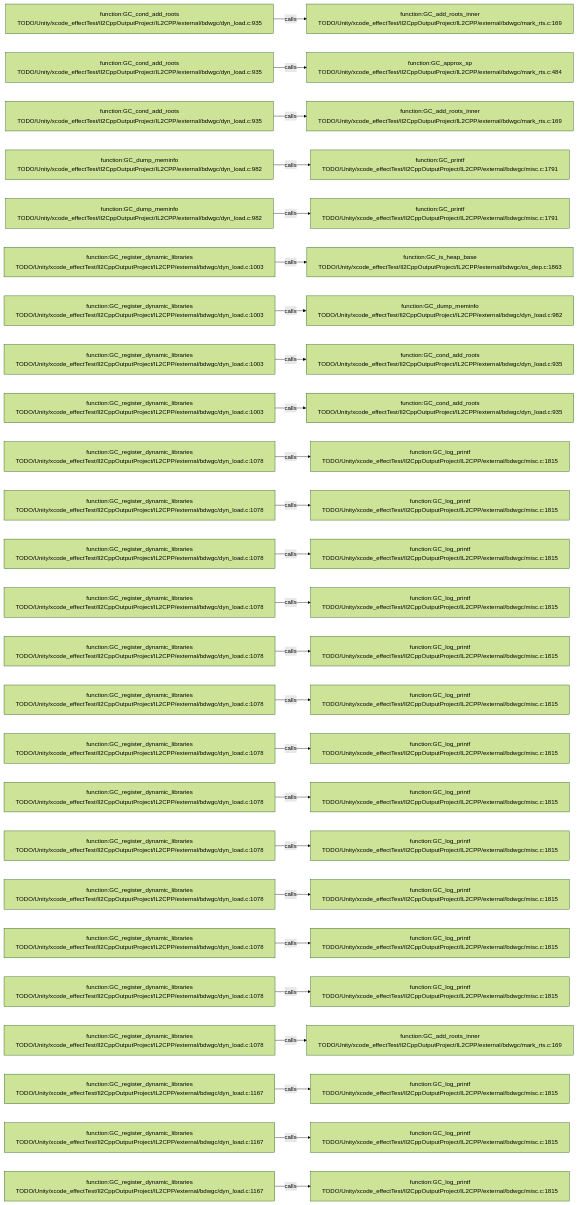
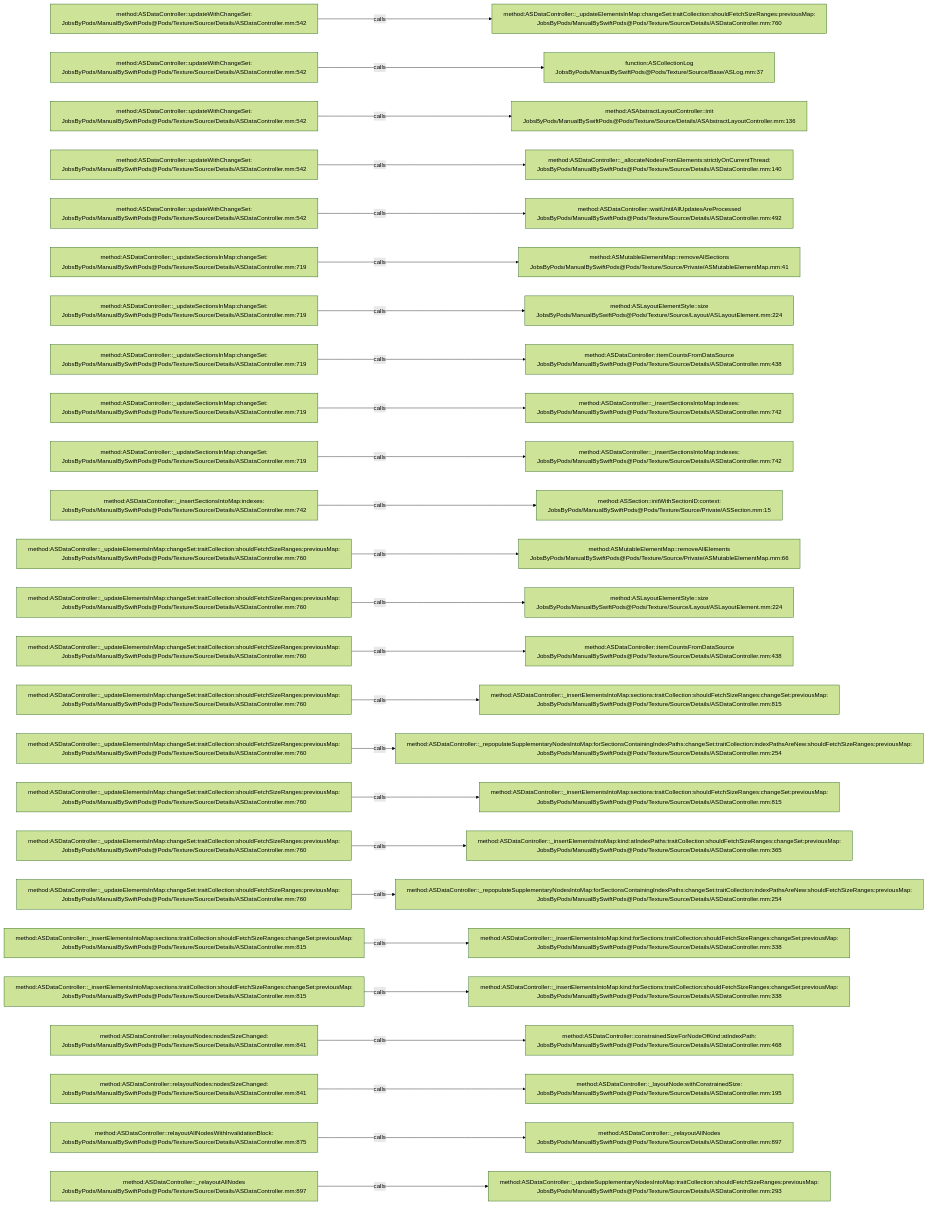
The diagram in .codegraph/codegraph.md/graphs/calls-105.md (JobsKits/JobsSwiftBaseConfigDemo), drawn with Mermaid (forest theme) before and after one commit. The commit also changed 2959 other files, not shown here.

````diff
--- a/.codegraph/codegraph.md/graphs/calls-105.md
+++ b/.codegraph/codegraph.md/graphs/calls-105.md
@@ -13,78 +13,78 @@
 ```mermaid
 flowchart LR
-  S1["function:GC_cond_add_roots<br/>TODO/Unity/xcode_effectTest/Il2CppOutputProject/IL2CPP/external/bdwgc/dyn_load.c:935"]
-  T1["function:GC_add_roots_inner<br/>TODO/Unity/xcode_effectTest/Il2CppOutputProject/IL2CPP/external/bdwgc/mark_rts.c:169"]
+  S1["method:ASDataController::updateWithChangeSet:<br/>JobsByPods/ManualBySwiftPods@Pods/Texture/Source/Details/ASDataController.mm:542"]
+  T1["method:ASDataController::_updateElementsInMap:changeSet:traitCollection:shouldFetchSizeRanges:previousMap:<br/>JobsByPods/ManualBySwiftPods@Pods/Texture/Source/Details/ASDataController.mm:760"]
   S1 -->|calls| T1
-  S2["function:GC_cond_add_roots<br/>TODO/Unity/xcode_effectTest/Il2CppOutputProject/IL2CPP/external/bdwgc/dyn_load.c:935"]
-  T2["function:GC_approx_sp<br/>TODO/Unity/xcode_effectTest/Il2CppOutputProject/IL2CPP/external/bdwgc/mark_rts.c:484"]
+  S2["method:ASDataController::updateWithChangeSet:<br/>JobsByPods/ManualBySwiftPods@Pods/Texture/Source/Details/ASDataController.mm:542"]
+  T2["function:ASCollectionLog<br/>JobsByPods/ManualBySwiftPods@Pods/Texture/Source/Base/ASLog.mm:37"]
   S2 -->|calls| T2
-  S3["function:GC_cond_add_roots<br/>TODO/Unity/xcode_effectTest/Il2CppOutputProject/IL2CPP/external/bdwgc/dyn_load.c:935"]
-  T3["function:GC_add_roots_inner<br/>TODO/Unity/xcode_effectTest/Il2CppOutputProject/IL2CPP/external/bdwgc/mark_rts.c:169"]
+  S3["method:ASDataController::updateWithChangeSet:<br/>JobsByPods/ManualBySwiftPods@Pods/Texture/Source/Details/ASDataController.mm:542"]
+  T3["method:ASAbstractLayoutController::init<br/>JobsByPods/ManualBySwiftPods@Pods/Texture/Source/Details/ASAbstractLayoutController.mm:136"]
   S3 -->|calls| T3
-  S4["function:GC_dump_meminfo<br/>TODO/Unity/xcode_effectTest/Il2CppOutputProject/IL2CPP/external/bdwgc/dyn_load.c:982"]
-  T4["function:GC_printf<br/>TODO/Unity/xcode_effectTest/Il2CppOutputProject/IL2CPP/external/bdwgc/misc.c:1791"]
+  S4["method:ASDataController::updateWithChangeSet:<br/>JobsByPods/ManualBySwiftPods@Pods/Texture/Source/Details/ASDataController.mm:542"]
+  T4["method:ASDataController::_allocateNodesFromElements:strictlyOnCurrentThread:<br/>JobsByPods/ManualBySwiftPods@Pods/Texture/Source/Details/ASDataController.mm:140"]
   S4 -->|calls| T4
-  S5["function:GC_dump_meminfo<br/>TODO/Unity/xcode_effectTest/Il2CppOutputProject/IL2CPP/external/bdwgc/dyn_load.c:982"]
-  T5["function:GC_printf<br/>TODO/Unity/xcode_effectTest/Il2CppOutputProject/IL2CPP/external/bdwgc/misc.c:1791"]
+  S5["method:ASDataController::updateWithChangeSet:<br/>JobsByPods/ManualBySwiftPods@Pods/Texture/Source/Details/ASDataController.mm:542"]
+  T5["method:ASDataController::waitUntilAllUpdatesAreProcessed<br/>JobsByPods/ManualBySwiftPods@Pods/Texture/Source/Details/ASDataController.mm:492"]
   S5 -->|calls| T5
-  S6["function:GC_register_dynamic_libraries<br/>TODO/Unity/xcode_effectTest/Il2CppOutputProject/IL2CPP/external/bdwgc/dyn_load.c:1003"]
-  T6["function:GC_is_heap_base<br/>TODO/Unity/xcode_effectTest/Il2CppOutputProject/IL2CPP/external/bdwgc/os_dep.c:1863"]
+  S6["method:ASDataController::_updateSectionsInMap:changeSet:<br/>JobsByPods/ManualBySwiftPods@Pods/Texture/Source/Details/ASDataController.mm:719"]
+  T6["method:ASMutableElementMap::removeAllSections<br/>JobsByPods/ManualBySwiftPods@Pods/Texture/Source/Private/ASMutableElementMap.mm:41"]
   S6 -->|calls| T6
-  S7["function:GC_register_dynamic_libraries<br/>TODO/Unity/xcode_effectTest/Il2CppOutputProject/IL2CPP/external/bdwgc/dyn_load.c:1003"]
-  T7["function:GC_dump_meminfo<br/>TODO/Unity/xcode_effectTest/Il2CppOutputProject/IL2CPP/external/bdwgc/dyn_load.c:982"]
+  S7["method:ASDataController::_updateSectionsInMap:changeSet:<br/>JobsByPods/ManualBySwiftPods@Pods/Texture/Source/Details/ASDataController.mm:719"]
+  T7["method:ASLayoutElementStyle::size<br/>JobsByPods/ManualBySwiftPods@Pods/Texture/Source/Layout/ASLayoutElement.mm:224"]
   S7 -->|calls| T7
-  S8["function:GC_register_dynamic_libraries<br/>TODO/Unity/xcode_effectTest/Il2CppOutputProject/IL2CPP/external/bdwgc/dyn_load.c:1003"]
-  T8["function:GC_cond_add_roots<br/>TODO/Unity/xcode_effectTest/Il2CppOutputProject/IL2CPP/external/bdwgc/dyn_load.c:935"]
+  S8["method:ASDataController::_updateSectionsInMap:changeSet:<br/>JobsByPods/ManualBySwiftPods@Pods/Texture/Source/Details/ASDataController.mm:719"]
+  T8["method:ASDataController::itemCountsFromDataSource<br/>JobsByPods/ManualBySwiftPods@Pods/Texture/Source/Details/ASDataController.mm:438"]
   S8 -->|calls| T8
-  S9["function:GC_register_dynamic_libraries<br/>TODO/Unity/xcode_effectTest/Il2CppOutputProject/IL2CPP/external/bdwgc/dyn_load.c:1003"]
-  T9["function:GC_cond_add_roots<br/>TODO/Unity/xcode_effectTest/Il2CppOutputProject/IL2CPP/external/bdwgc/dyn_load.c:935"]
+  S9["method:ASDataController::_updateSectionsInMap:changeSet:<br/>JobsByPods/ManualBySwiftPods@Pods/Texture/Source/Details/ASDataController.mm:719"]
+  T9["method:ASDataController::_insertSectionsIntoMap:indexes:<br/>JobsByPods/ManualBySwiftPods@Pods/Texture/Source/Details/ASDataController.mm:742"]
   S9 -->|calls| T9
-  S10["function:GC_register_dynamic_libraries<br/>TODO/Unity/xcode_effectTest/Il2CppOutputProject/IL2CPP/external/bdwgc/dyn_load.c:1078"]
-  T10["function:GC_log_printf<br/>TODO/Unity/xcode_effectTest/Il2CppOutputProject/IL2CPP/external/bdwgc/misc.c:1815"]
+  S10["method:ASDataController::_updateSectionsInMap:changeSet:<br/>JobsByPods/ManualBySwiftPods@Pods/Texture/Source/Details/ASDataController.mm:719"]
+  T10["method:ASDataController::_insertSectionsIntoMap:indexes:<br/>JobsByPods/ManualBySwiftPods@Pods/Texture/Source/Details/ASDataController.mm:742"]
   S10 -->|calls| T10
-  S11["function:GC_register_dynamic_libraries<br/>TODO/Unity/xcode_effectTest/Il2CppOutputProject/IL2CPP/external/bdwgc/dyn_load.c:1078"]
-  T11["function:GC_log_printf<br/>TODO/Unity/xcode_effectTest/Il2CppOutputProject/IL2CPP/external/bdwgc/misc.c:1815"]
+  S11["method:ASDataController::_insertSectionsIntoMap:indexes:<br/>JobsByPods/ManualBySwiftPods@Pods/Texture/Source/Details/ASDataController.mm:742"]
+  T11["method:ASSection::initWithSectionID:context:<br/>JobsByPods/ManualBySwiftPods@Pods/Texture/Source/Private/ASSection.mm:15"]
   S11 -->|calls| T11
-  S12["function:GC_register_dynamic_libraries<br/>TODO/Unity/xcode_effectTest/Il2CppOutputProject/IL2CPP/external/bdwgc/dyn_load.c:1078"]
-  T12["function:GC_log_printf<br/>TODO/Unity/xcode_effectTest/Il2CppOutputProject/IL2CPP/external/bdwgc/misc.c:1815"]
+  S12["method:ASDataController::_updateElementsInMap:changeSet:traitCollection:shouldFetchSizeRanges:previousMap:<br/>JobsByPods/ManualBySwiftPods@Pods/Texture/Source/Details/ASDataController.mm:760"]
+  T12["method:ASMutableElementMap::removeAllElements<br/>JobsByPods/ManualBySwiftPods@Pods/Texture/Source/Private/ASMutableElementMap.mm:66"]
   S12 -->|calls| T12
-  S13["function:GC_register_dynamic_libraries<br/>TODO/Unity/xcode_effectTest/Il2CppOutputProject/IL2CPP/external/bdwgc/dyn_load.c:1078"]
-  T13["function:GC_log_printf<br/>TODO/Unity/xcode_effectTest/Il2CppOutputProject/IL2CPP/external/bdwgc/misc.c:1815"]
+  S13["method:ASDataController::_updateElementsInMap:changeSet:traitCollection:shouldFetchSizeRanges:previousMap:<br/>JobsByPods/ManualBySwiftPods@Pods/Texture/Source/Details/ASDataController.mm:760"]
+  T13["method:ASLayoutElementStyle::size<br/>JobsByPods/ManualBySwiftPods@Pods/Texture/Source/Layout/ASLayoutElement.mm:224"]
   S13 -->|calls| T13
-  S14["function:GC_register_dynamic_libraries<br/>TODO/Unity/xcode_effectTest/Il2CppOutputProject/IL2CPP/external/bdwgc/dyn_load.c:1078"]
-  T14["function:GC_log_printf<br/>TODO/Unity/xcode_effectTest/Il2CppOutputProject/IL2CPP/external/bdwgc/misc.c:1815"]
+  S14["method:ASDataController::_updateElementsInMap:changeSet:traitCollection:shouldFetchSizeRanges:previousMap:<br/>JobsByPods/ManualBySwiftPods@Pods/Texture/Source/Details/ASDataController.mm:760"]
+  T14["method:ASDataController::itemCountsFromDataSource<br/>JobsByPods/ManualBySwiftPods@Pods/Texture/Source/Details/ASDataController.mm:438"]
   S14 -->|calls| T14
-  S15["function:GC_register_dynamic_libraries<br/>TODO/Unity/xcode_effectTest/Il2CppOutputProject/IL2CPP/external/bdwgc/dyn_load.c:1078"]
-  T15["function:GC_log_printf<br/>TODO/Unity/xcode_effectTest/Il2CppOutputProject/IL2CPP/external/bdwgc/misc.c:1815"]
+  S15["method:ASDataController::_updateElementsInMap:changeSet:traitCollection:shouldFetchSizeRanges:previousMap:<br/>JobsByPods/ManualBySwiftPods@Pods/Texture/Source/Details/ASDataController.mm:760"]
+  T15["method:ASDataController::_insertElementsIntoMap:sections:traitCollection:shouldFetchSizeRanges:changeSet:previousMap:<br/>JobsByPods/ManualBySwiftPods@Pods/Texture/Source/Details/ASDataController.mm:815"]
   S15 -->|calls| T15
-  S16["function:GC_register_dynamic_libraries<br/>TODO/Unity/xcode_effectTest/Il2CppOutputProject/IL2CPP/external/bdwgc/dyn_load.c:1078"]
-  T16["function:GC_log_printf<br/>TODO/Unity/xcode_effectTest/Il2CppOutputProject/IL2CPP/external/bdwgc/misc.c:1815"]
+  S16["method:ASDataController::_updateElementsInMap:changeSet:traitCollection:shouldFetchSizeRanges:previousMap:<br/>JobsByPods/ManualBySwiftPods@Pods/Texture/Source/Details/ASDataController.mm:760"]
+  T16["method:ASDataController::_repopulateSupplementaryNodesIntoMap:forSectionsContainingIndexPaths:changeSet:traitCollection:indexPathsAreNew:shouldFetchSizeRanges:previousMap:<br/>JobsByPods/ManualBySwiftPods@Pods/Texture/Source/Details/ASDataController.mm:254"]
   S16 -->|calls| T16
-  S17["function:GC_register_dynamic_libraries<br/>TODO/Unity/xcode_effectTest/Il2CppOutputProject/IL2CPP/external/bdwgc/dyn_load.c:1078"]
-  T17["function:GC_log_printf<br/>TODO/Unity/xcode_effectTest/Il2CppOutputProject/IL2CPP/external/bdwgc/misc.c:1815"]
+  S17["method:ASDataController::_updateElementsInMap:changeSet:traitCollection:shouldFetchSizeRanges:previousMap:<br/>JobsByPods/ManualBySwiftPods@Pods/Texture/Source/Details/ASDataController.mm:760"]
+  T17["method:ASDataController::_insertElementsIntoMap:sections:traitCollection:shouldFetchSizeRanges:changeSet:previousMap:<br/>JobsByPods/ManualBySwiftPods@Pods/Texture/Source/Details/ASDataController.mm:815"]
   S17 -->|calls| T17
-  S18["function:GC_register_dynamic_libraries<br/>TODO/Unity/xcode_effectTest/Il2CppOutputProject/IL2CPP/external/bdwgc/dyn_load.c:1078"]
-  T18["function:GC_log_printf<br/>TODO/Unity/xcode_effectTest/Il2CppOutputProject/IL2CPP/external/bdwgc/misc.c:1815"]
+  S18["method:ASDataController::_updateElementsInMap:changeSet:traitCollection:shouldFetchSizeRanges:previousMap:<br/>JobsByPods/ManualBySwiftPods@Pods/Texture/Source/Details/ASDataController.mm:760"]
+  T18["method:ASDataController::_insertElementsIntoMap:kind:atIndexPaths:traitCollection:shouldFetchSizeRanges:changeSet:previousMap:<br/>JobsByPods/ManualBySwiftPods@Pods/Texture/Source/Details/ASDataController.mm:365"]
   S18 -->|calls| T18
-  S19["function:GC_register_dynamic_libraries<br/>TODO/Unity/xcode_effectTest/Il2CppOutputProject/IL2CPP/external/bdwgc/dyn_load.c:1078"]
-  T19["function:GC_log_printf<br/>TODO/Unity/xcode_effectTest/Il2CppOutputProject/IL2CPP/external/bdwgc/misc.c:1815"]
+  S19["method:ASDataController::_updateElementsInMap:changeSet:traitCollection:shouldFetchSizeRanges:previousMap:<br/>JobsByPods/ManualBySwiftPods@Pods/Texture/Source/Details/ASDataController.mm:760"]
+  T19["method:ASDataController::_repopulateSupplementaryNodesIntoMap:forSectionsContainingIndexPaths:changeSet:traitCollection:indexPathsAreNew:shouldFetchSizeRanges:previousMap:<br/>JobsByPods/ManualBySwiftPods@Pods/Texture/Source/Details/ASDataController.mm:254"]
   S19 -->|calls| T19
-  S20["function:GC_register_dynamic_libraries<br/>TODO/Unity/xcode_effectTest/Il2CppOutputProject/IL2CPP/external/bdwgc/dyn_load.c:1078"]
-  T20["function:GC_log_printf<br/>TODO/Unity/xcode_effectTest/Il2CppOutputProject/IL2CPP/external/bdwgc/misc.c:1815"]
+  S20["method:ASDataController::_insertElementsIntoMap:sections:traitCollection:shouldFetchSizeRanges:changeSet:previousMap:<br/>JobsByPods/ManualBySwiftPods@Pods/Texture/Source/Details/ASDataController.mm:815"]
+  T20["method:ASDataController::_insertElementsIntoMap:kind:forSections:traitCollection:shouldFetchSizeRanges:changeSet:previousMap:<br/>JobsByPods/ManualBySwiftPods@Pods/Texture/Source/Details/ASDataController.mm:338"]
   S20 -->|calls| T20
-  S21["function:GC_register_dynamic_libraries<br/>TODO/Unity/xcode_effectTest/Il2CppOutputProject/IL2CPP/external/bdwgc/dyn_load.c:1078"]
-  T21["function:GC_log_printf<br/>TODO/Unity/xcode_effectTest/Il2CppOutputProject/IL2CPP/external/bdwgc/misc.c:1815"]
+  S21["method:ASDataController::_insertElementsIntoMap:sections:traitCollection:shouldFetchSizeRanges:changeSet:previousMap:<br/>JobsByPods/ManualBySwiftPods@Pods/Texture/Source/Details/ASDataController.mm:815"]
+  T21["method:ASDataController::_insertElementsIntoMap:kind:forSections:traitCollection:shouldFetchSizeRanges:changeSet:previousMap:<br/>JobsByPods/ManualBySwiftPods@Pods/Texture/Source/Details/ASDataController.mm:338"]
   S21 -->|calls| T21
-  S22["function:GC_register_dynamic_libraries<br/>TODO/Unity/xcode_effectTest/Il2CppOutputProject/IL2CPP/external/bdwgc/dyn_load.c:1078"]
-  T22["function:GC_add_roots_inner<br/>TODO/Unity/xcode_effectTest/Il2CppOutputProject/IL2CPP/external/bdwgc/mark_rts.c:169"]
+  S22["method:ASDataController::relayoutNodes:nodesSizeChanged:<br/>JobsByPods/ManualBySwiftPods@Pods/Texture/Source/Details/ASDataController.mm:841"]
+  T22["method:ASDataController::constrainedSizeForNodeOfKind:atIndexPath:<br/>JobsByPods/ManualBySwiftPods@Pods/Texture/Source/Details/ASDataController.mm:468"]
   S22 -->|calls| T22
-  S23["function:GC_register_dynamic_libraries<br/>TODO/Unity/xcode_effectTest/Il2CppOutputProject/IL2CPP/external/bdwgc/dyn_load.c:1167"]
-  T23["function:GC_log_printf<br/>TODO/Unity/xcode_effectTest/Il2CppOutputProject/IL2CPP/external/bdwgc/misc.c:1815"]
+  S23["method:ASDataController::relayoutNodes:nodesSizeChanged:<br/>JobsByPods/ManualBySwiftPods@Pods/Texture/Source/Details/ASDataController.mm:841"]
+  T23["method:ASDataController::_layoutNode:withConstrainedSize:<br/>JobsByPods/ManualBySwiftPods@Pods/Texture/Source/Details/ASDataController.mm:195"]
   S23 -->|calls| T23
-  S24["function:GC_register_dynamic_libraries<br/>TODO/Unity/xcode_effectTest/Il2CppOutputProject/IL2CPP/external/bdwgc/dyn_load.c:1167"]
-  T24["function:GC_log_printf<br/>TODO/Unity/xcode_effectTest/Il2CppOutputProject/IL2CPP/external/bdwgc/misc.c:1815"]
+  S24["method:ASDataController::relayoutAllNodesWithInvalidationBlock:<br/>JobsByPods/ManualBySwiftPods@Pods/Texture/Source/Details/ASDataController.mm:875"]
+  T24["method:ASDataController::_relayoutAllNodes<br/>JobsByPods/ManualBySwiftPods@Pods/Texture/Source/Details/ASDataController.mm:897"]
   S24 -->|calls| T24
-  S25["function:GC_register_dynamic_libraries<br/>TODO/Unity/xcode_effectTest/Il2CppOutputProject/IL2CPP/external/bdwgc/dyn_load.c:1167"]
-  T25["function:GC_log_printf<br/>TODO/Unity/xcode_effectTest/Il2CppOutputProject/IL2CPP/external/bdwgc/misc.c:1815"]
+  S25["method:ASDataController::_relayoutAllNodes<br/>JobsByPods/ManualBySwiftPods@Pods/Texture/Source/Details/ASDataController.mm:897"]
+  T25["method:ASDataController::_updateSupplementaryNodesIntoMap:traitCollection:shouldFetchSizeRanges:previousMap:<br/>JobsByPods/ManualBySwiftPods@Pods/Texture/Source/Details/ASDataController.mm:293"]
   S25 -->|calls| T25
 ```
````
